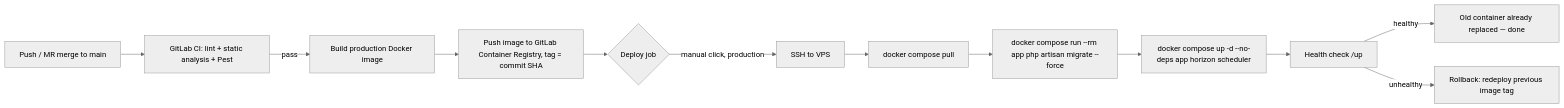
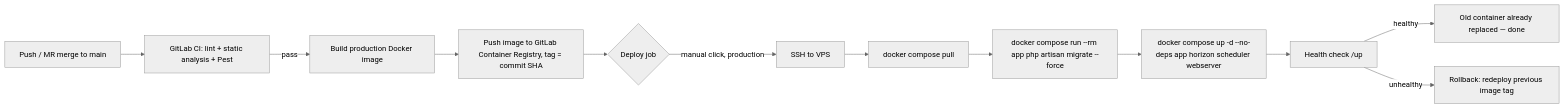
The diagram in docs/ci-cd-deployment-plan.md (mbats254/ecommerce-laravel-project), drawn with Mermaid (neutral theme) before and after one commit. The commit also changed other lines of this file and 2060 other files, not shown here.

````diff
--- a/docs/ci-cd-deployment-plan.md
+++ b/docs/ci-cd-deployment-plan.md
@@ -46,14 +49,14 @@
 ```mermaid
 flowchart LR
     A[Push / MR merge to main] --> B[GitLab CI: lint + static analysis + Pest]
     B -->|pass| C[Build production Docker image]
     C --> D[Push image to GitLab Container Registry, tag = commit SHA]
     D --> E{Deploy job}
     E -->|manual click, production| F[SSH to VPS]
     F --> G[docker compose pull]
     G --> H[docker compose run --rm app php artisan migrate --force]
-    H --> I[docker compose up -d --no-deps app horizon scheduler]
+    H --> I[docker compose up -d --no-deps app horizon scheduler webserver]
     I --> J[Health check /up]
     J -->|healthy| K[Old container already replaced — done]
     J -->|unhealthy| L[Rollback: redeploy previous image tag]
 ```
````
